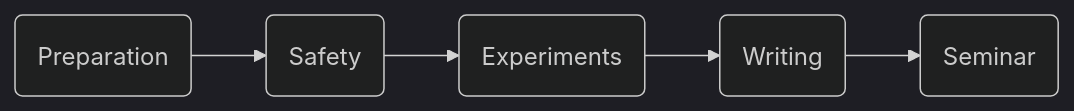
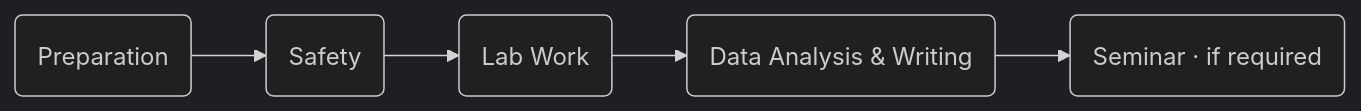
The diagram in intro.md (adv-labs-ufr/handbook), drawn with Mermaid (dark theme) before and after one commit. The commit also changed other lines of this file and 5 other files, not shown here.

Commit message:
Fix mermaid block syntax

````diff
--- a/intro.md
+++ b/intro.md
@@ -10,4 +10,4 @@
 ```{mermaid}
 graph LR
-  A(Preparation) --> B(Safety) --> C(Experiments) --> D(Writing) --> E(Seminar)
+  A(Preparation) --> B(Safety) --> C(Lab Work) --> D(Data Analysis & Writing) --> E(Seminar · if required)
 ```
````
